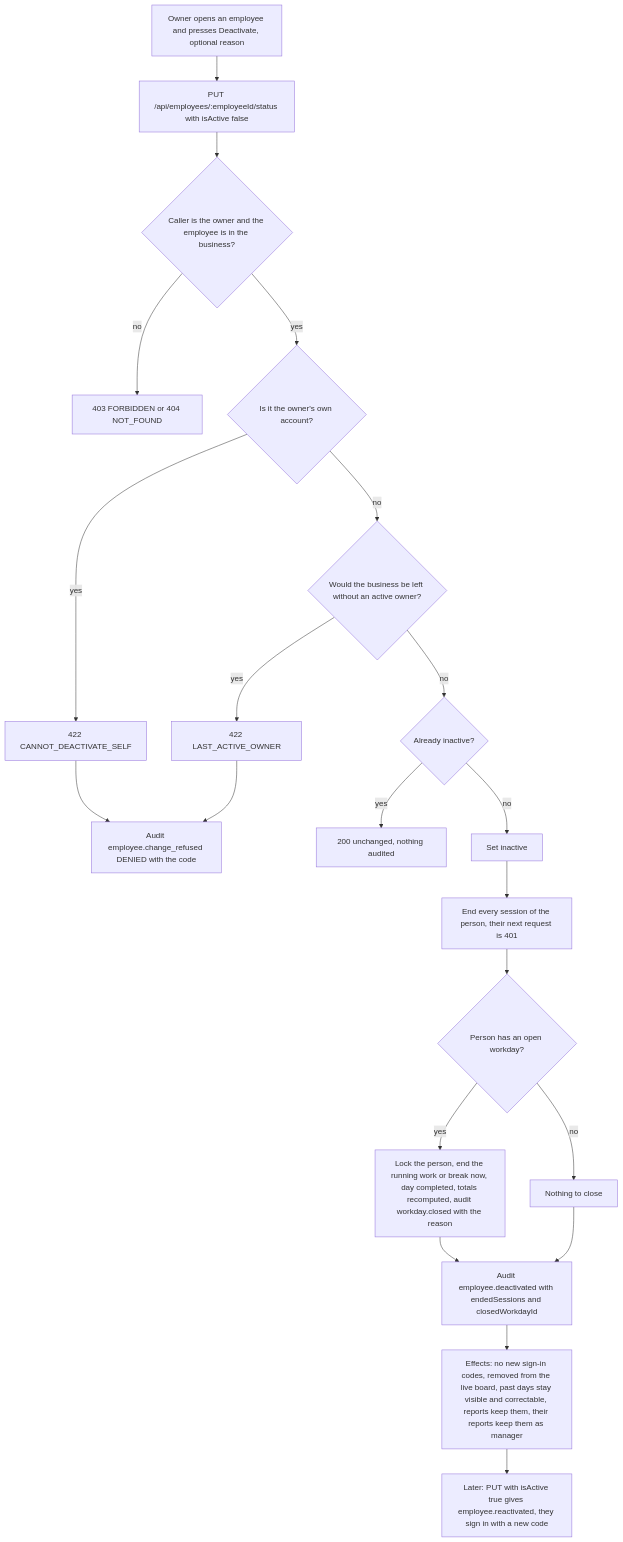
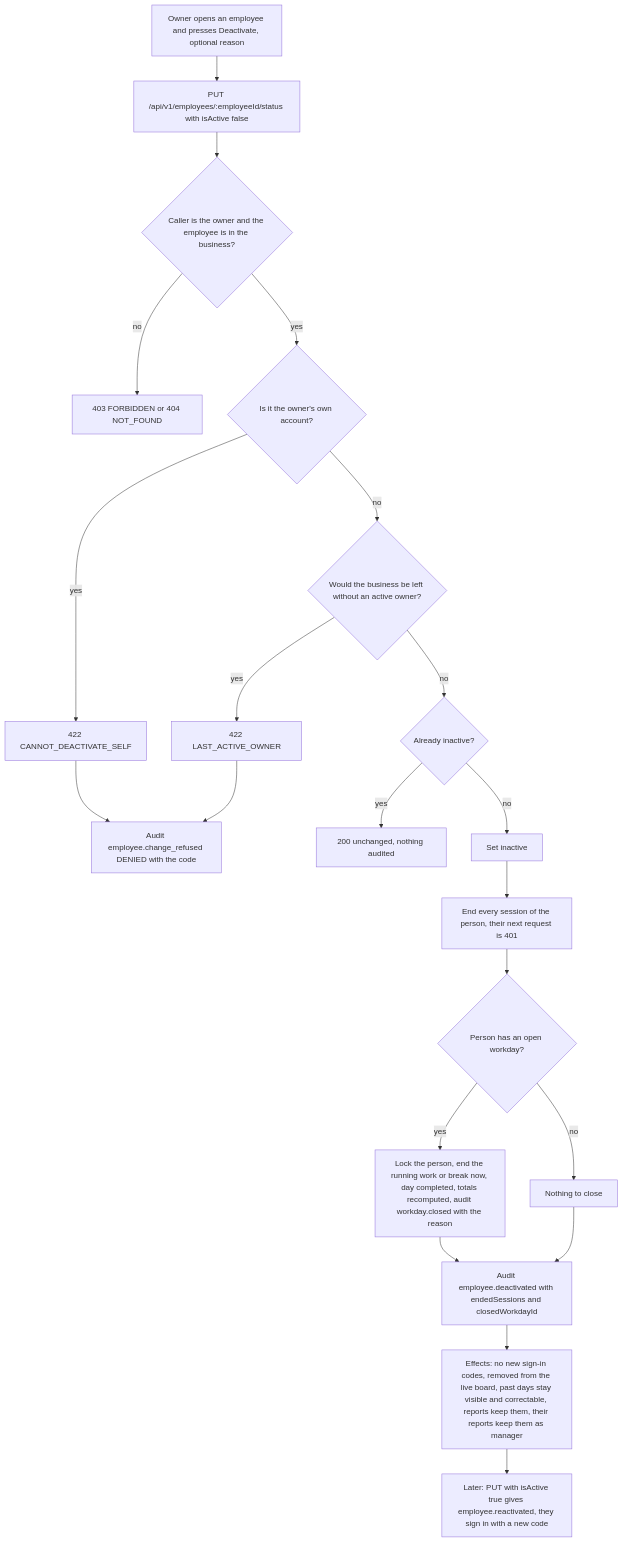
Before and after one commit to amitjurislpo/juris-track: diagram 14 of 21 in references/FLOW-JurisTrack.md, drawn with Mermaid. The commit also changed other lines of this file and 100 other files, not shown here.

````diff
--- a/references/FLOW-JurisTrack.md
+++ b/references/FLOW-JurisTrack.md
@@ -510,23 +510,23 @@
 ```mermaid
 flowchart TD
-    A["Owner opens an employee and presses Deactivate, optional reason"] --> B["PUT /api/employees/:employeeId/status with isActive false"]
+    A["Owner opens an employee and presses Deactivate, optional reason"] --> B["PUT /api/v1/employees/:employeeId/status with isActive false"]
     B --> C{"Caller is the owner and the employee is in the business?"}
     C -->|"no"| X1["403 FORBIDDEN or 404 NOT_FOUND"]
     C -->|"yes"| D{"Is it the owner's own account?"}
     D -->|"yes"| R1["422 CANNOT_DEACTIVATE_SELF"]
     D -->|"no"| E{"Would the business be left without an active owner?"}
     E -->|"yes"| R2["422 LAST_ACTIVE_OWNER"]
     E -->|"no"| F{"Already inactive?"}
     F -->|"yes"| G["200 unchanged, nothing audited"]
     F -->|"no"| H["Set inactive"]
     H --> I["End every session of the person, their next request is 401"]
     I --> J{"Person has an open workday?"}
     J -->|"yes"| K["Lock the person, end the running work or break now, day completed, totals recomputed, audit workday.closed with the reason"]
     J -->|"no"| L["Nothing to close"]
     K --> M["Audit employee.deactivated with endedSessions and closedWorkdayId"]
     L --> M
     M --> N["Effects: no new sign-in codes, removed from the live board, past days stay visible and correctable, reports keep them, their reports keep them as manager"]
     R1 --> T["Audit employee.change_refused DENIED with the code"]
     R2 --> T
     N --> O["Later: PUT with isActive true gives employee.reactivated, they sign in with a new code"]
 ```
````
